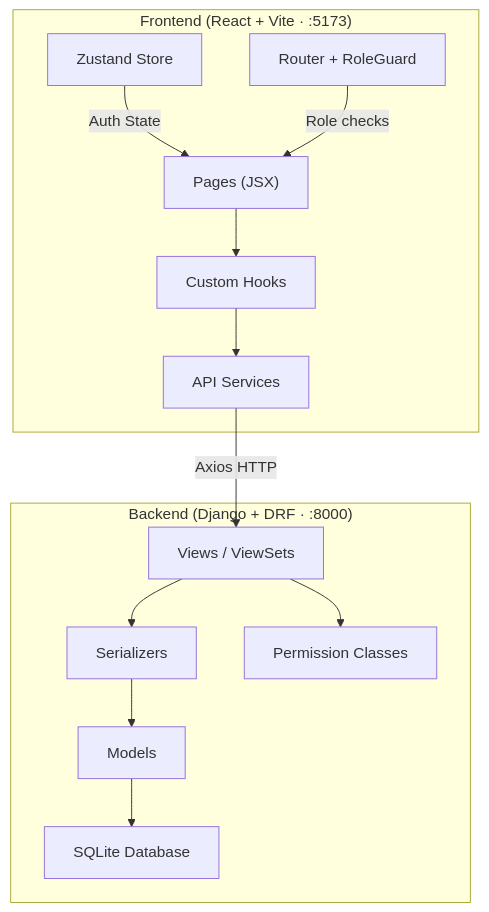
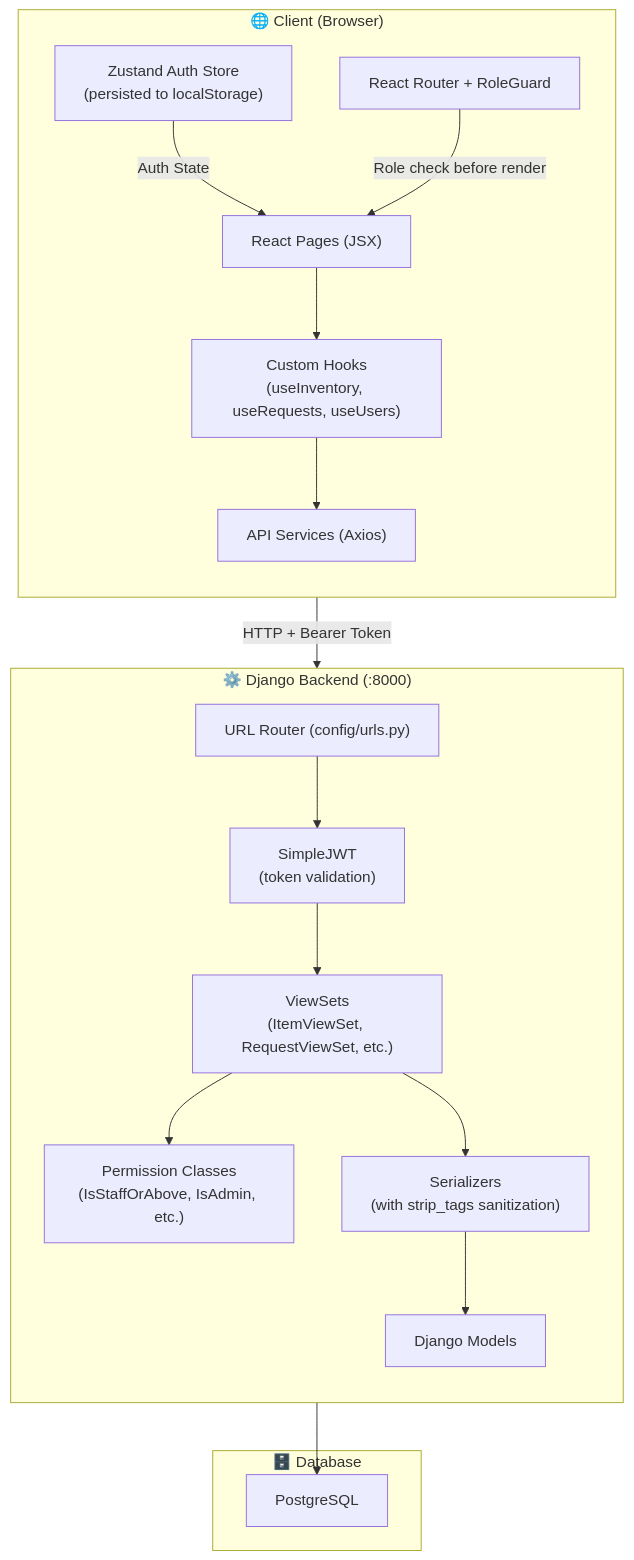
The first of 9 diagrams in system_documentation.md (RICKTZY22/plmun-nexus-), drawn with Mermaid before and after one commit. The commit also changed other lines of this file and 2 other files, not shown here.

First line of the commit message:
docs: overhaul system documentation with full diagrams and tables

````diff
--- a/system_documentation.md
+++ b/system_documentation.md
@@ -9,28 +80,38 @@
 ```mermaid
 graph TB
-    subgraph Frontend["Frontend (React + Vite · :5173)"]
-        Pages["Pages (JSX)"]
-        Hooks["Custom Hooks"]
-        Services["API Services"]
-        Store["Zustand Store"]
-        Routes["Router + RoleGuard"]
+    subgraph Client["🌐 Client (Browser)"]
+        direction TB
+        UI["React Pages (JSX)"]
+        Hooks["Custom Hooks\n(useInventory, useRequests, useUsers)"]
+        Services["API Services (Axios)"]
+        Store["Zustand Auth Store\n(persisted to localStorage)"]
+        Router["React Router + RoleGuard"]
     end
 
-    subgraph Backend["Backend (Django + DRF · :8000)"]
-        Views["Views / ViewSets"]
-        Serializers["Serializers"]
-        Models["Models"]
-        Permissions["Permission Classes"]
-        DB["SQLite Database"]
+    subgraph Backend["⚙️ Django Backend (:8000)"]
+        direction TB
+        URLs["URL Router (config/urls.py)"]
+        Views["ViewSets\n(ItemViewSet, RequestViewSet, etc.)"]
+        Permissions["Permission Classes\n(IsStaffOrAbove, IsAdmin, etc.)"]
+        Serializers["Serializers\n(with strip_tags sanitization)"]
+        Models["Django Models"]
+        JWT["SimpleJWT\n(token validation)"]
     end
 
-    Pages --> Hooks
+    subgraph DB["🗄️ Database"]
+        PG["PostgreSQL"]
+    end
+
+    UI --> Hooks
     Hooks --> Services
-    Services -->|"Axios HTTP"| Views
-    Store -->|"Auth State"| Pages
-    Routes -->|"Role checks"| Pages
+    Services -->|"HTTP + Bearer Token"| URLs
+    Store -->|"Auth State"| UI
+    Router -->|"Role check before render"| UI
+
+    URLs --> JWT
+    JWT --> Views
+    Views --> Permissions
     Views --> Serializers
-    Views --> Permissions
     Serializers --> Models
-    Models --> DB
+    Models --> PG
 ```
````
